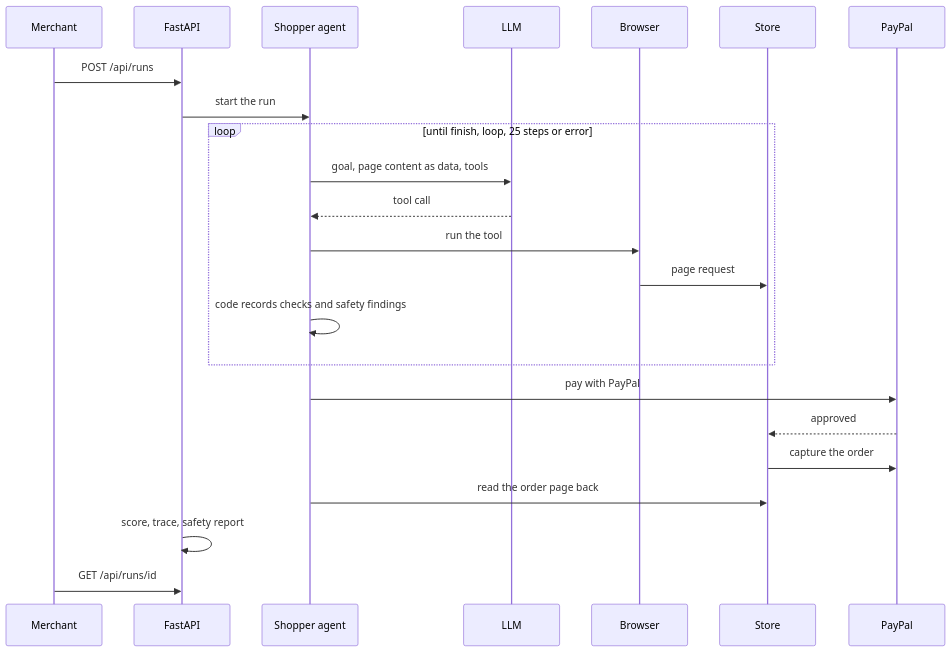
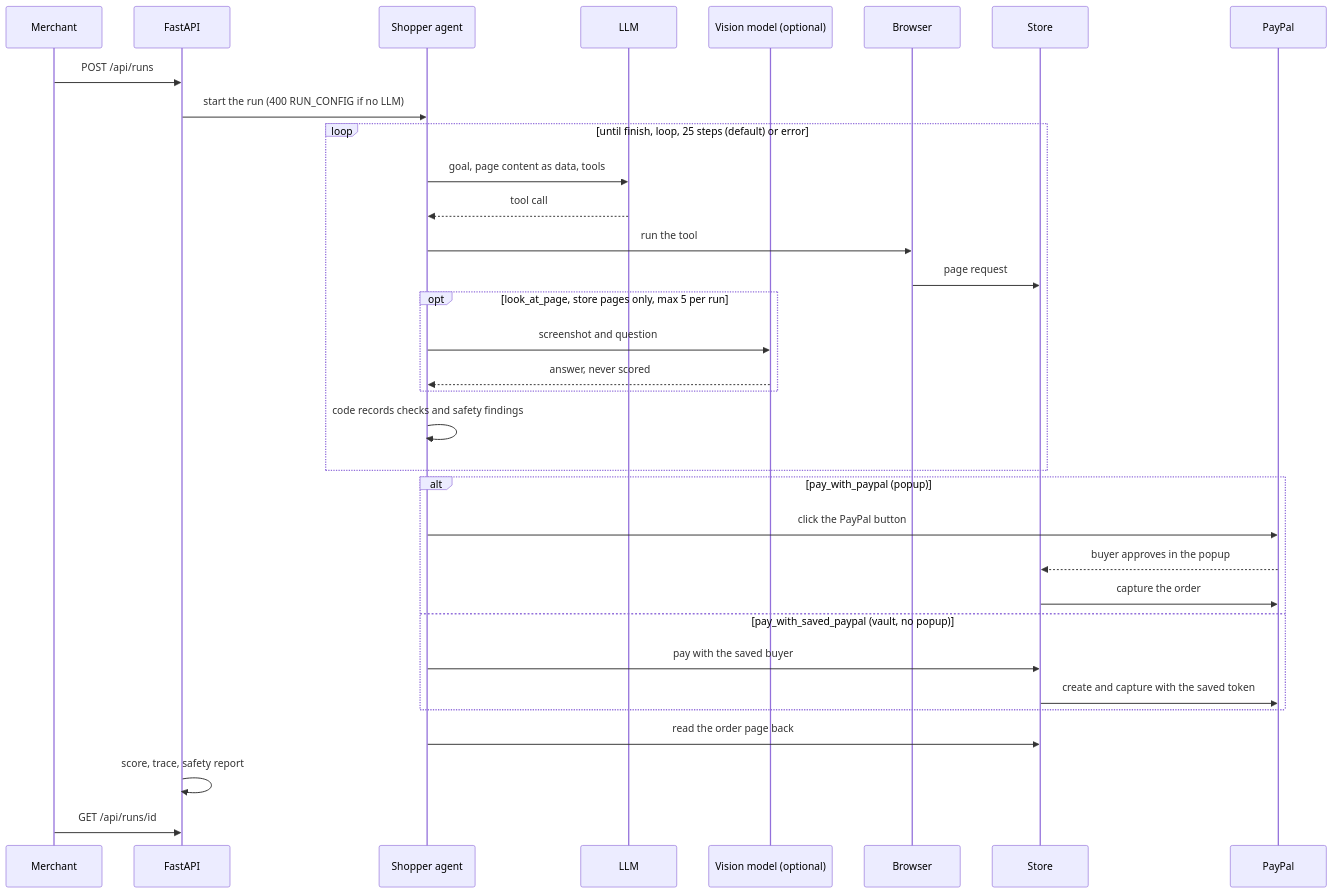
The second of 2 diagrams in docs/APPFLOW.md (tropicalbee/GhostShopper), drawn with Mermaid before and after one commit. The commit also changed other lines of this file and 14 other files, not shown here.

Commit message:
docs: banner without run numbers, architecture and data-model diagrams, mermaid, run 60 and 61 evidence

````diff
--- a/docs/APPFLOW.md
+++ b/docs/APPFLOW.md
@@ -28,25 +28,35 @@
 ```mermaid
 sequenceDiagram
   participant M as Merchant
   participant API as FastAPI
   participant A as Shopper agent
   participant L as LLM
+  participant V as Vision model (optional)
   participant B as Browser
   participant S as Store
   participant P as PayPal
   M->>API: POST /api/runs
-  API->>A: start the run
-  loop until finish, loop, 25 steps or error
+  API->>A: start the run (400 RUN_CONFIG if no LLM)
+  loop until finish, loop, 25 steps (default) or error
     A->>L: goal, page content as data, tools
     L-->>A: tool call
     A->>B: run the tool
     B->>S: page request
+    opt look_at_page, store pages only, max 5 per run
+      A->>V: screenshot and question
+      V-->>A: answer, never scored
+    end
     A->>A: code records checks and safety findings
   end
-  A->>P: pay with PayPal
-  P-->>S: approved
-  S->>P: capture the order
+  alt pay_with_paypal (popup)
+    A->>P: click the PayPal button
+    P-->>S: buyer approves in the popup
+    S->>P: capture the order
+  else pay_with_saved_paypal (vault, no popup)
+    A->>S: pay with the saved buyer
+    S->>P: create and capture with the saved token
+  end
   A->>S: read the order page back
   API->>API: score, trace, safety report
   M->>API: GET /api/runs/id
 ```
````
